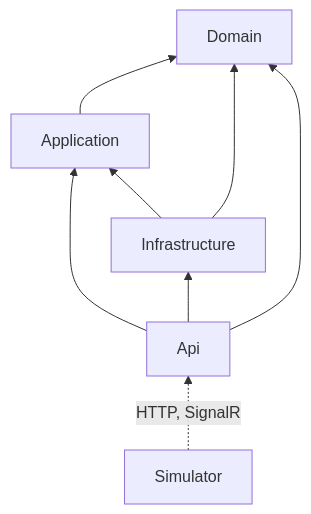
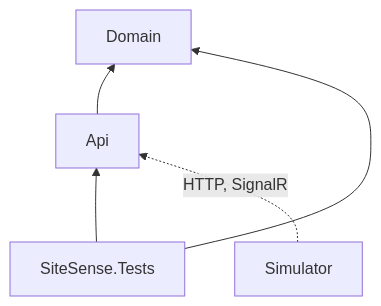
Before and after one commit to NotThaDev/SiteSense: the diagram in docs/architecture.md, drawn with Mermaid. The commit also changed other lines of this file and 4 other files, not shown here.

First line of the commit message:
docs: describe the Domain + Api layout and record Q66 (SS-45)

````diff
--- a/docs/architecture.md
+++ b/docs/architecture.md
@@ -19,10 +14,7 @@
 ```mermaid
 flowchart BT
-  Application --> Domain
-  Infrastructure --> Application
-  Infrastructure --> Domain
-  Api --> Application
-  Api --> Infrastructure
   Api --> Domain
+  Tests["SiteSense.Tests"] --> Api
+  Tests --> Domain
   Simulator -. "HTTP, SignalR" .-> Api
 ```
````
